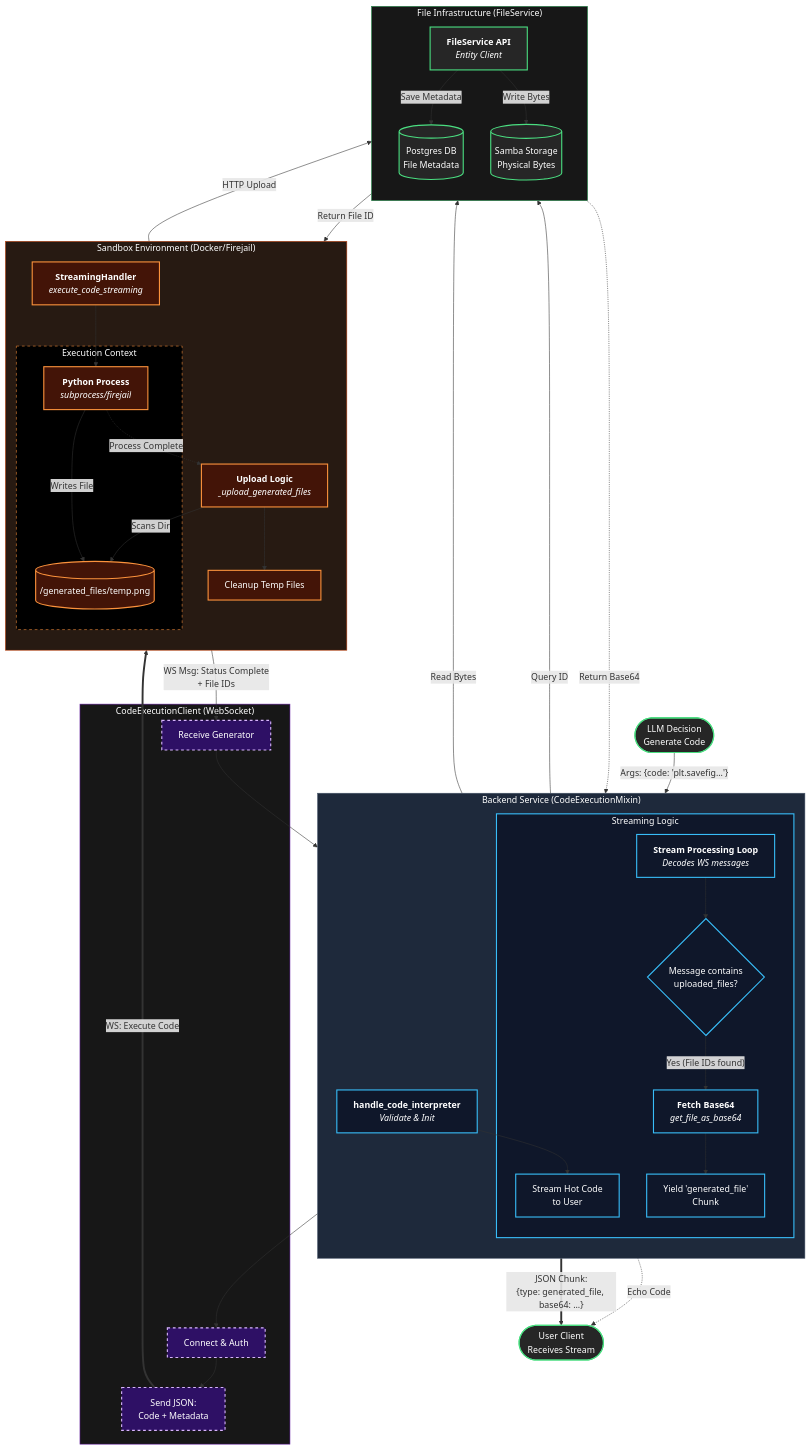
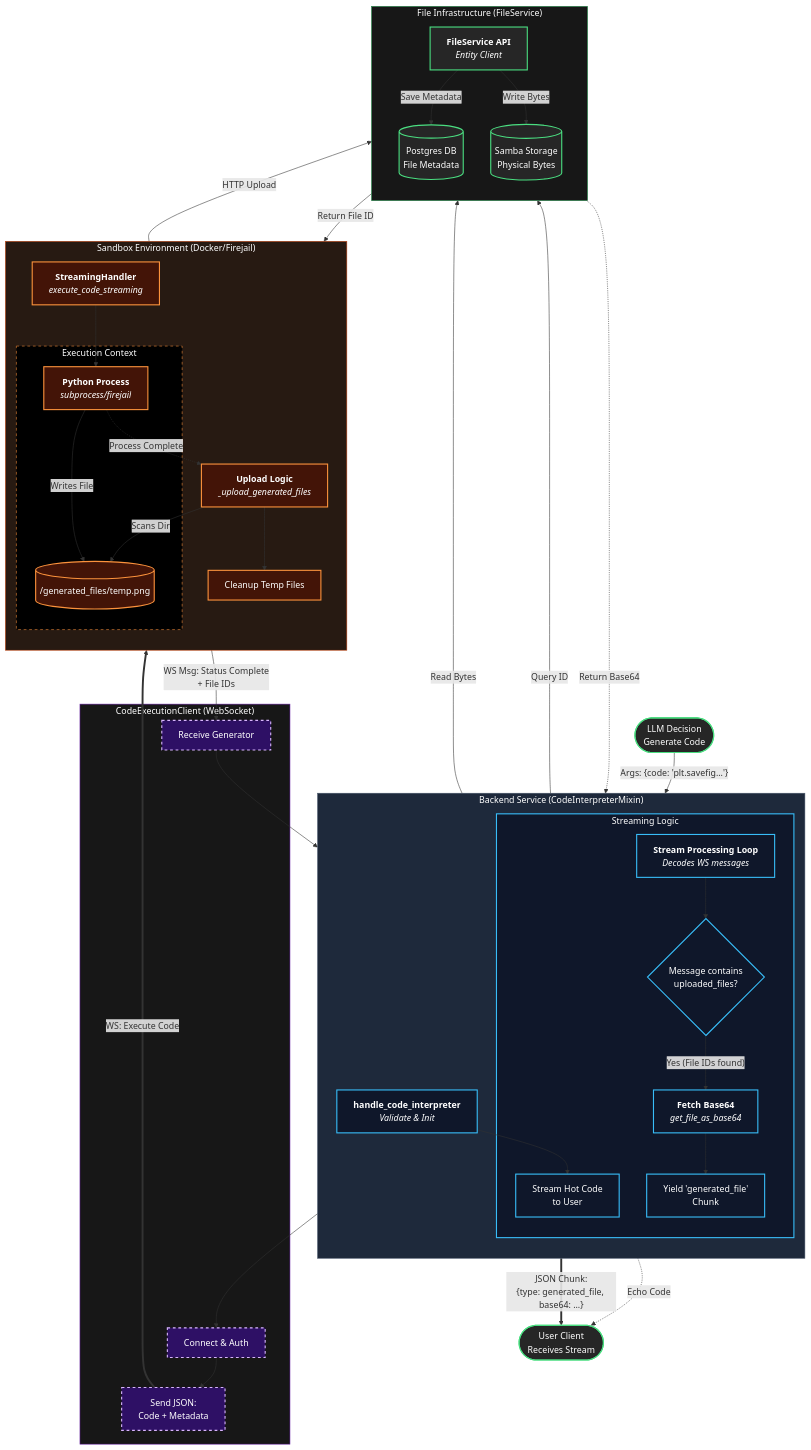
One commit to frankie336/entities_api changed the diagram in docs/code_interpreter_file_generation.mmd. Above: the diagram before and after it, drawn with Mermaid. The commit also changed 7 other files, not shown here.

First line of the commit message:
chore: rename `CodeExecutionMixin` to `CodeInterpreterMixin` and add `NativeExecMixin`

```diff
--- a/docs/code_interpreter_file_generation.mmd
+++ b/docs/code_interpreter_file_generation.mmd
@@ -1,130 +1,130 @@
 graph TD
     %% ==========================================
     %% NODES & EXTERNAL ACTORS
     %% ==========================================
     LLM([LLM Decision<br>Generate Code])
     User([User Client<br>Receives Stream])
 
     %% ==========================================
     %% SUBGRAPH: BACKEND (The Controller)
     %% ==========================================
-    subgraph Backend ["Backend Service (CodeExecutionMixin)"]
+    subgraph Backend ["Backend Service (CodeInterpreterMixin)"]
         direction TB
         MixinStart[<b>handle_code_interpreter</b><br><i>Validate & Init</i>]
 
         subgraph StreamLogic ["Streaming Logic"]
             HotCode[Stream Hot Code<br>to User]
             ProcessStream[<b>Stream Processing Loop</b><br><i>Decodes WS messages</i>]
             CheckFiles{Message contains<br>uploaded_files?}
             FetchB64[<b>Fetch Base64</b><br><i>get_file_as_base64</i>]
             YieldFile[Yield 'generated_file'<br>Chunk]
         end
     end
 
     %% ==========================================
     %% SUBGRAPH: BRIDGE (WebSocket Client)
     %% ==========================================
     subgraph Bridge ["CodeExecutionClient (WebSocket)"]
         WS_Connect[Connect & Auth]
         WS_Send[Send JSON: <br>Code + Metadata]
         WS_Recv[Receive Generator]
     end
 
     %% ==========================================
     %% SUBGRAPH: SANDBOX (Isolated Environment)
     %% ==========================================
     subgraph SandboxEnv ["Sandbox Environment (Docker/Firejail)"]
         direction TB
         Handler[<b>StreamingHandler</b><br><i>execute_code_streaming</i>]
 
         subgraph ExecProcess ["Execution Context"]
             PythonProc[<b>Python Process</b><br><i>subprocess/firejail</i>]
             LocalDisk[("/generated_files/temp.png")]
         end
 
         FileDetector[<b>Upload Logic</b><br><i>_upload_generated_files</i>]
         Cleanup[Cleanup Temp Files]
     end
 
     %% ==========================================
     %% SUBGRAPH: INFRASTRUCTURE (Storage)
     %% ==========================================
     subgraph Infra ["File Infrastructure (FileService)"]
         direction TB
         FileAPI[<b>FileService API</b><br><i>Entity Client</i>]
         DB[(Postgres DB<br>File Metadata)]
         Samba[(Samba Storage<br>Physical Bytes)]
     end
 
     %% ==========================================
     %% DATA FLOW CONNECTIONS
     %% ==========================================
 
     %% 1. INITIATION
     LLM --> |"Args: {code: 'plt.savefig...'}"| MixinStart
     MixinStart --> HotCode
     HotCode -.-> |"Echo Code"| User
     MixinStart --> WS_Connect
     WS_Connect --> WS_Send
 
     %% 2. EXECUTION HANDOFF
     WS_Send ==> |"WS: Execute Code"| Handler
     Handler --> PythonProc
     PythonProc -- "Writes File" --> LocalDisk
 
     %% 3. SANDBOX INTERNAL UPLOAD (The "Magic" Step)
     PythonProc -.-> |"Process Complete"| FileDetector
     FileDetector -- "Scans Dir" --> LocalDisk
     FileDetector -- "HTTP Upload" --> FileAPI
 
     %% 4. PERSISTENCE
     FileAPI --> |"Save Metadata"| DB
     FileAPI --> |"Write Bytes"| Samba
     FileAPI -- "Return File ID" --> FileDetector
 
     %% 5. RESULT HANDOFF
     FileDetector --> Cleanup
     FileDetector -- "WS Msg: Status Complete<br>+ File IDs" --> WS_Recv
     WS_Recv --> ProcessStream
 
     %% 6. RETRIEVAL & STREAMING
     ProcessStream --> CheckFiles
     CheckFiles -- "Yes (File IDs found)" --> FetchB64
 
     %% The Fetch Loop
     FetchB64 -- "Query ID" --> DB
     FetchB64 -- "Read Bytes" --> Samba
     Samba -.-> |"Return Base64"| FetchB64
 
     %% 7. FINAL DELIVERY
     FetchB64 --> YieldFile
     YieldFile ==> |"JSON Chunk:<br>{type: generated_file, base64: ...}"| User
 
     %% ==========================================
     %% STYLING (Based on provided reference)
     %% ==========================================
 
     %% 1. Backend: Deep Slate Blue with Cyan Border
     classDef main fill:#0f172a,stroke:#38bdf8,stroke-width:2px,color:#fff;
 
     %% 2. Sandbox: Deep Brown/Orange with Bright Orange Border
     classDef worker fill:#431407,stroke:#fb923c,stroke-width:2px,color:#fff;
 
     %% 3. Bridge: Deep Purple with Neon Purple Border
     classDef bridge fill:#2e1065,stroke:#d8b4fe,stroke-width:2px,stroke-dasharray: 5 5,color:#fff;
 
     %% 4. External/Infra: Dark Grey with Green/White Border
     classDef external fill:#262626,stroke:#4ade80,stroke-width:2px,color:#fff;
 
     %% Apply Classes
     class MixinStart,StreamLogic,ProcessStream,CheckFiles,FetchB64,YieldFile,HotCode main;
     class SandboxEnv,Handler,PythonProc,FileDetector,Cleanup,LocalDisk worker;
     class WS_Connect,WS_Send,WS_Recv bridge;
     class LLM,User,Infra,FileAPI,DB,Samba external;
 
     %% Subgraph Styles
     style Backend fill:#1e293b,stroke:#475569,color:#fff
     style Bridge fill:#171717,stroke:#6b21a8,color:#fff
     style SandboxEnv fill:#271a12,stroke:#c2410c,color:#fff
     style Infra fill:#171717,stroke:#15803d,color:#fff
     style ExecProcess fill:#000000,stroke:#fb923c,stroke-dasharray: 5 5,color:#fff
```
